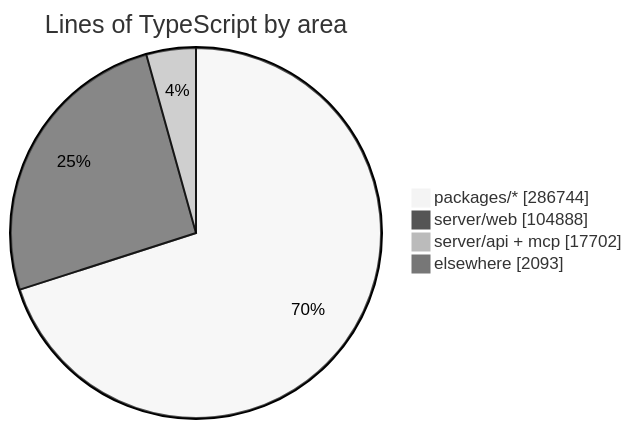
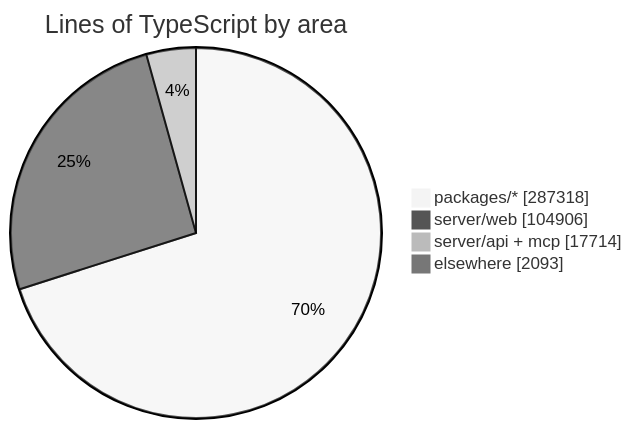
The diagram in README.md (crossworks-engineering/mantle), drawn with Mermaid (neutral theme) before and after one commit. The commit also changed other lines of this file and 2 other files, not shown here.

````diff
--- a/README.md
+++ b/README.md
@@ -294,7 +294,7 @@
 ```mermaid
 pie showData title Lines of TypeScript by area
-    "packages/*" : 286744
-    "server/web" : 104888
-    "server/api + mcp" : 17702
+    "packages/*" : 287318
+    "server/web" : 104906
+    "server/api + mcp" : 17714
     "elsewhere" : 2093
 ```
````
